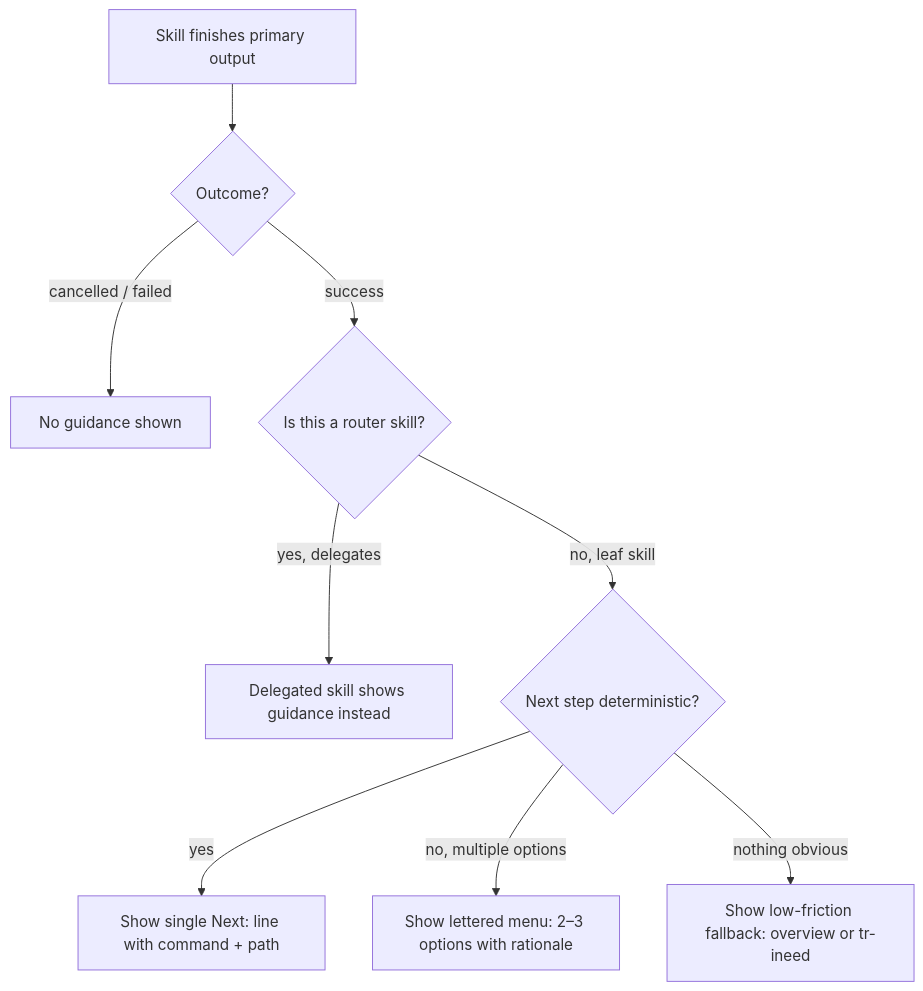
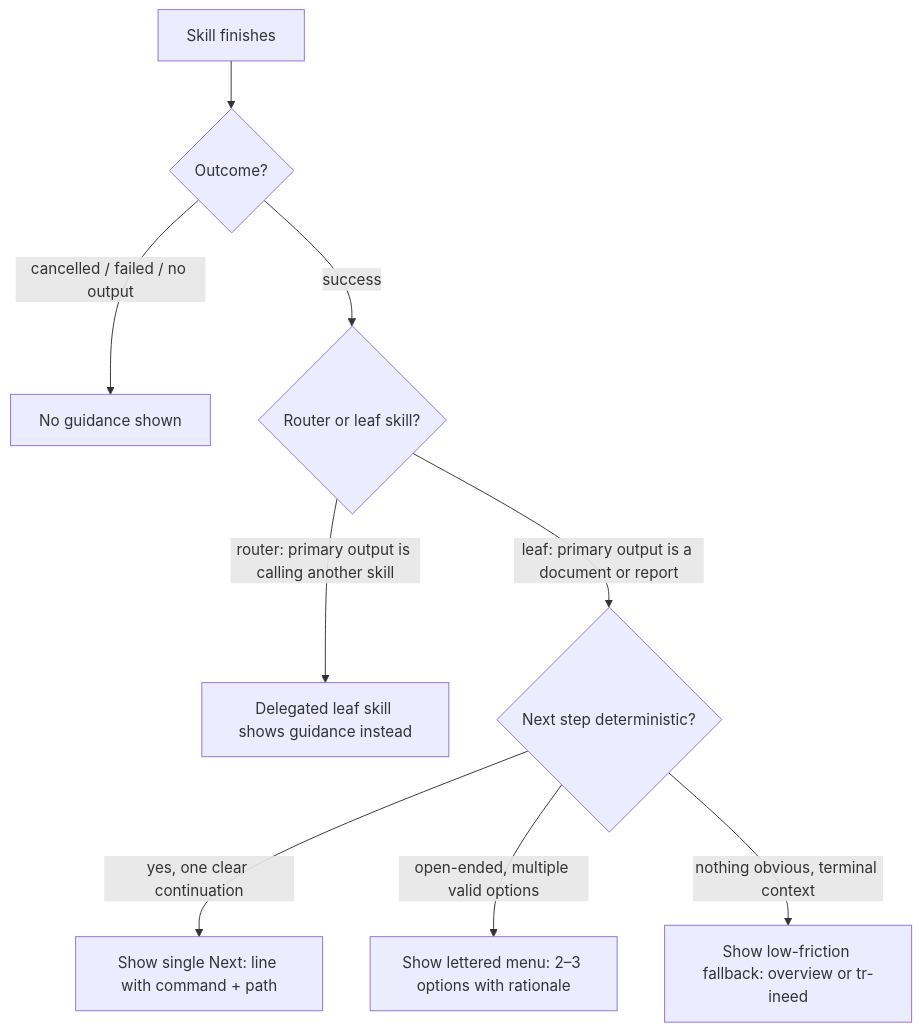
The diagram in taproot/human-integration/contextual-next-steps/usecase.md (imix/taproot), drawn with Mermaid before and after one commit. The commit also changed other lines of this file and 1 other file, not shown here.

Commit message:
taproot(human-integration/contextual-next-steps): refine spec — fix B1/B2/B3 blockers and C1-C4 concerns

````diff
--- a/taproot/human-integration/contextual-next-steps/usecase.md
+++ b/taproot/human-integration/contextual-next-steps/usecase.md
@@ -67,11 +72,11 @@
 ```mermaid
 flowchart TD
-    A[Skill finishes primary output] --> B{Outcome?}
-    B -- cancelled / failed --> C[No guidance shown]
-    B -- success --> D{Is this a router skill?}
-    D -- yes, delegates --> E[Delegated skill shows guidance instead]
-    D -- no, leaf skill --> F{Next step deterministic?}
-    F -- yes --> G[Show single Next: line with command + path]
-    F -- no, multiple options --> H[Show lettered menu: 2–3 options with rationale]
-    F -- nothing obvious --> I[Show low-friction fallback: overview or tr-ineed]
+    A[Skill finishes] --> B{Outcome?}
+    B -- cancelled / failed / no output --> C[No guidance shown]
+    B -- success --> D{Router or leaf skill?}
+    D -- router: primary output is calling another skill --> E[Delegated leaf skill shows guidance instead]
+    D -- leaf: primary output is a document or report --> F{Next step deterministic?}
+    F -- yes, one clear continuation --> G[Show single Next: line with command + path]
+    F -- open-ended, multiple valid options --> H[Show lettered menu: 2–3 options with rationale]
+    F -- nothing obvious, terminal context --> I[Show low-friction fallback: overview or tr-ineed]
 ```
````
